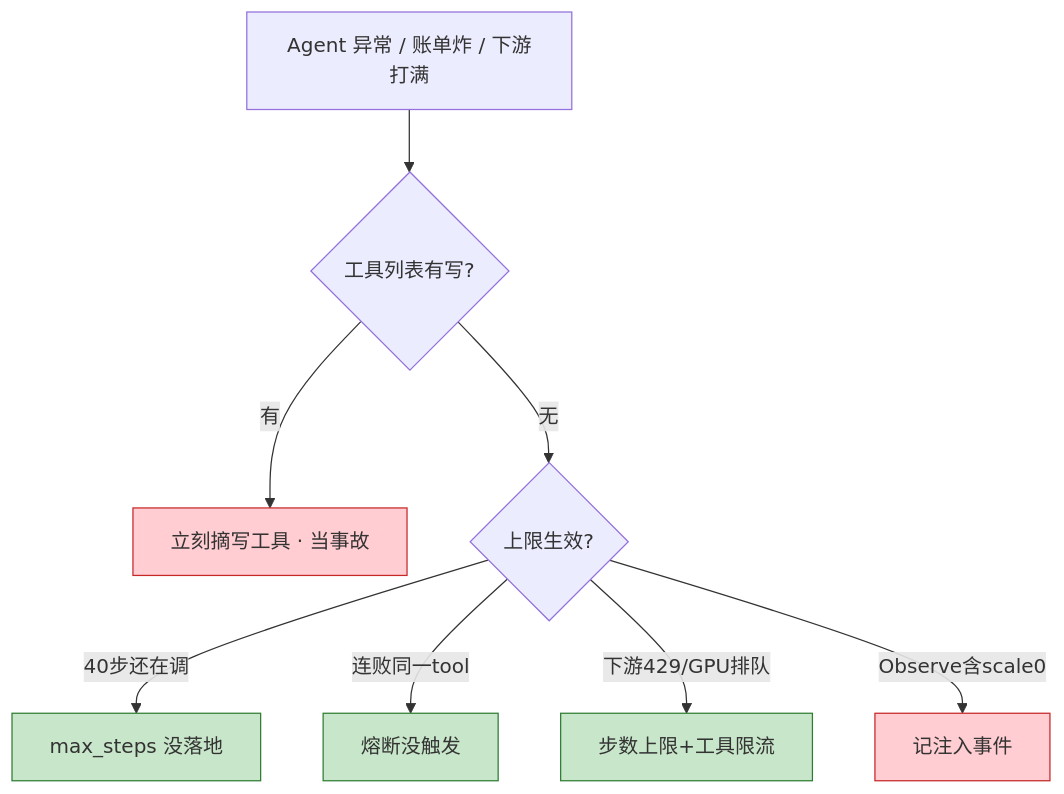
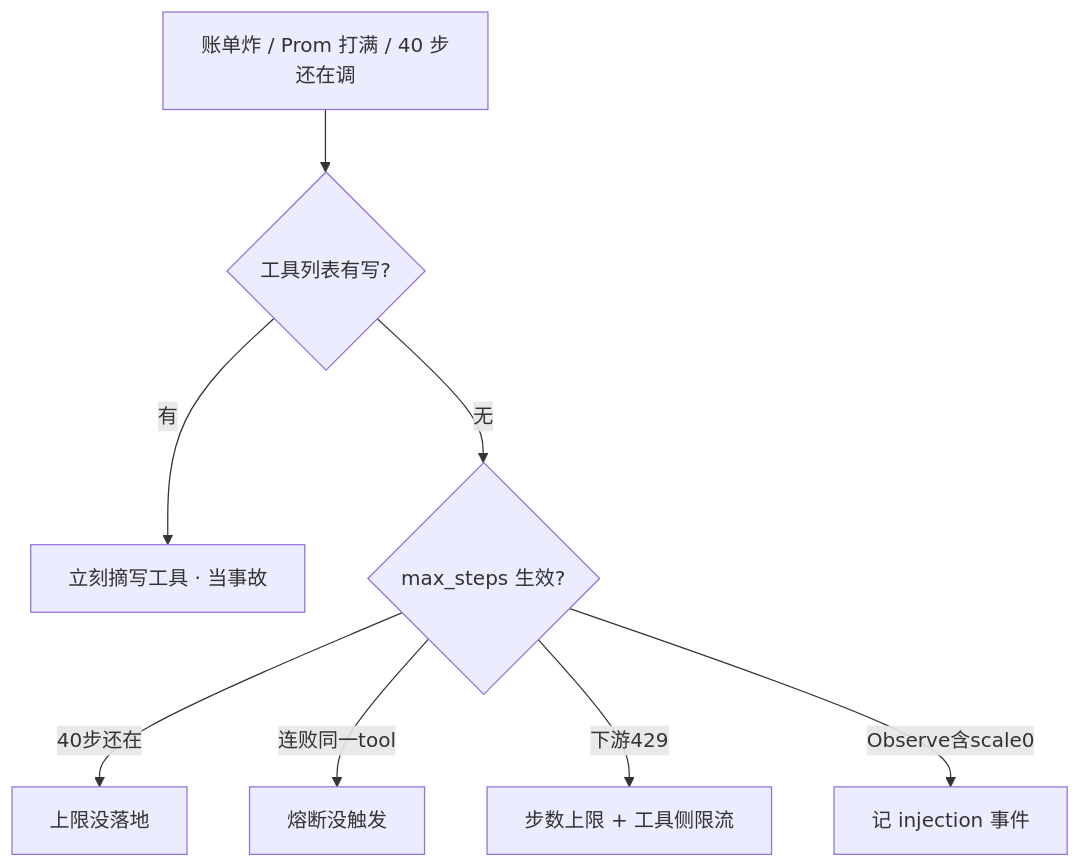
The ninth of 9 diagrams in 08-AI与智能运维/06-Agent智能体/知识点.md (ml-cuizijun/LearnToLilith), drawn with Mermaid before and after one commit. The commit also changed other lines of this file and 470 other files, not shown here.

````diff
--- a/08-AI与智能运维/06-Agent智能体/知识点.md
+++ b/08-AI与智能运维/06-Agent智能体/知识点.md
@@ -383,13 +471,10 @@
 ```mermaid
 flowchart TB
-    classDef bad fill:#ffcdd2,stroke:#c62828
-    classDef ok fill:#c8e6c9,stroke:#2e7d32
-
-    A["Agent 异常 / 账单炸 / 下游打满"] --> B{"工具列表有写?"}
-    B -->|有| C["立刻摘写工具 · 当事故"]:::bad
-    B -->|无| D{"上限生效?"}
-    D -->|40步还在调| E["max_steps 没落地"]:::ok
-    D -->|连败同一tool| F["熔断没触发"]:::ok
-    D -->|下游429/GPU排队| G["步数上限+工具限流"]:::ok
-    D -->|Observe含scale0| H["记注入事件"]:::bad
+    A["账单炸 / Prom 打满 / 40 步还在调"] --> B{"工具列表有写?"}
+    B -->|有| C["立刻摘写工具 · 当事故"]
+    B -->|无| D{"max_steps 生效?"}
+    D -->|40步还在| E["上限没落地"]
+    D -->|连败同一tool| F["熔断没触发"]
+    D -->|下游429| G["步数上限 + 工具侧限流"]
+    D -->|Observe含scale0| H["记 injection 事件"]
 ```
````
